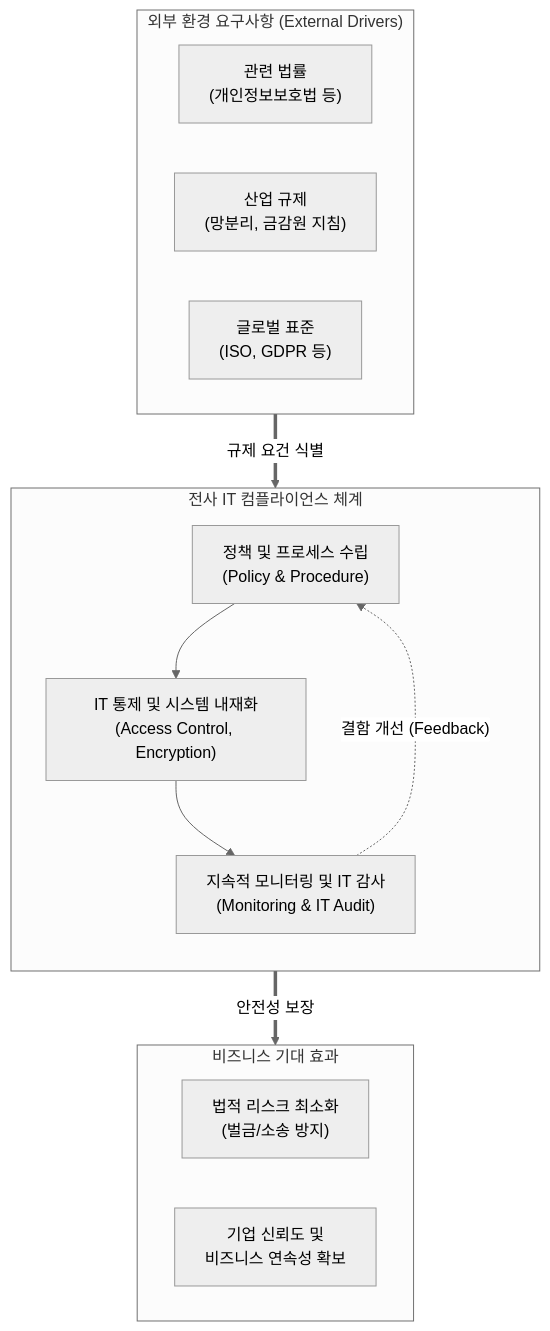
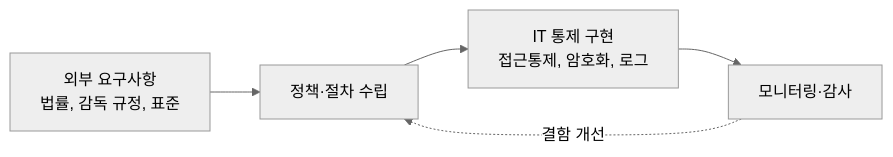
Before and after one commit to supremethumb/supremethumb.github.io: the diagram in content/01_IT Tech/IT Compliance.md, drawn with Mermaid (neutral theme). The commit also changed other lines of this file and 1087 other files, not shown here.

````diff
--- a/content/01_IT Tech/IT Compliance.md
+++ b/content/01_IT Tech/IT Compliance.md
@@ -23,30 +34,7 @@
 ```mermaid
-flowchart TD
-    subgraph External["외부 환경 요구사항 (External Drivers)"]
-        direction LR
-        L1["관련 법률<br/>(개인정보보호법 등)"]
-        R1["산업 규제<br/>(망분리, 금감원 지침)"]
-        S1["글로벌 표준<br/>(ISO, GDPR 등)"]
-    end
-
-    subgraph IT_Compliance["전사 IT 컴플라이언스 체계"]
-        direction TB
-        P1["정책 및 프로세스 수립<br/>(Policy & Procedure)"]
-        T1["IT 통제 및 시스템 내재화<br/>(Access Control, Encryption)"]
-        A1["지속적 모니터링 및 IT 감사<br/>(Monitoring & IT Audit)"]
-
-        P1 --> T1 --> A1
-        A1 -.->|"결함 개선 (Feedback)"| P1
-    end
-
-    External ==>|"규제 요건 식별"| IT_Compliance
-
-    subgraph Value["비즈니스 기대 효과"]
-        direction LR
-        V1["법적 리스크 최소화<br/>(벌금/소송 방지)"]
-        V2["기업 신뢰도 및<br/>비즈니스 연속성 확보"]
-    end
-
-    IT_Compliance ==>|"안전성 보장"| Value
-
+flowchart LR
+    E["외부 요구사항<br/>법률, 감독 규정, 표준"] --> P["정책·절차 수립"]
+    P --> T["IT 통제 구현<br/>접근통제, 암호화, 로그"]
+    T --> A["모니터링·감사"]
+    A -.->|"결함 개선"| P
 ```
````
